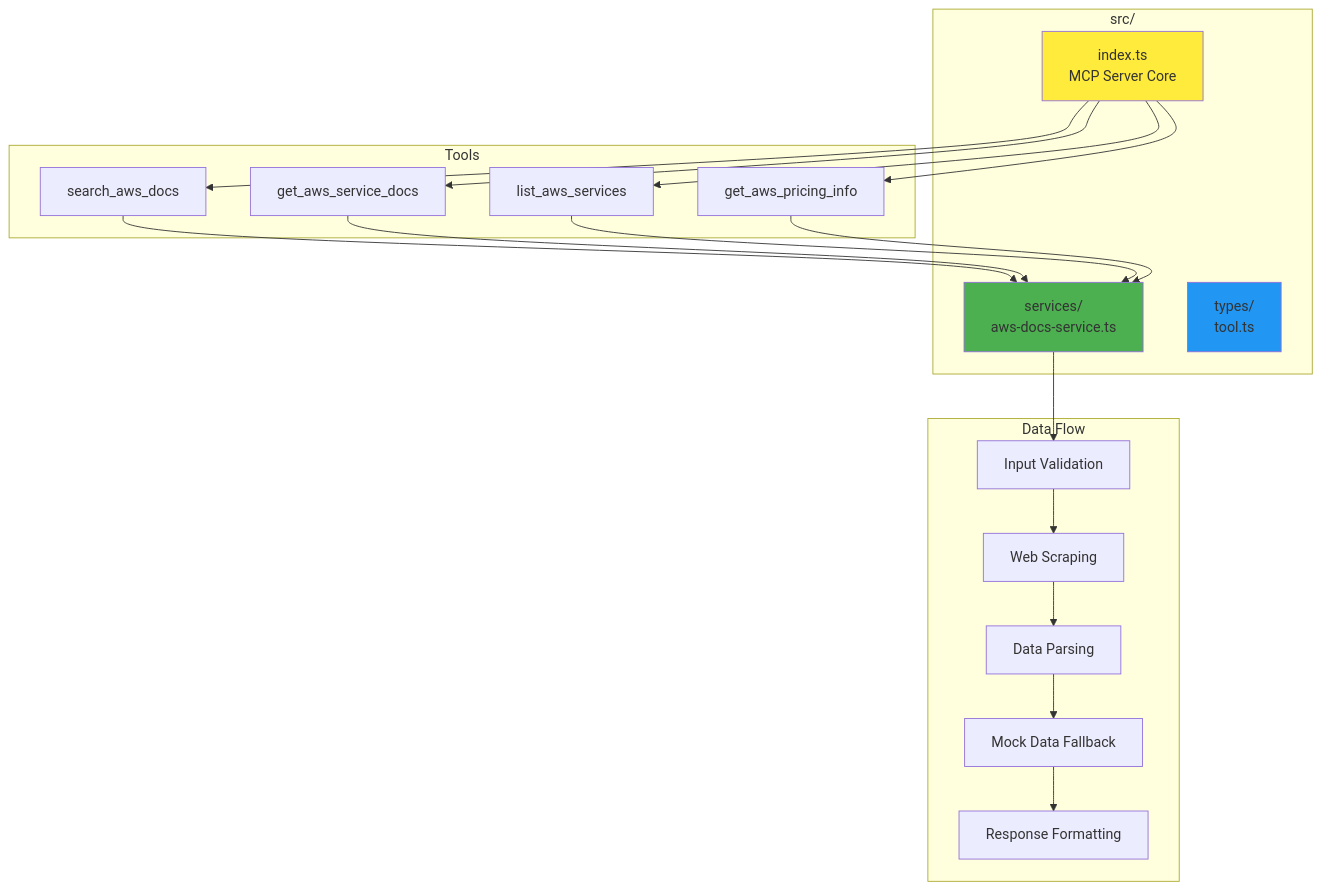
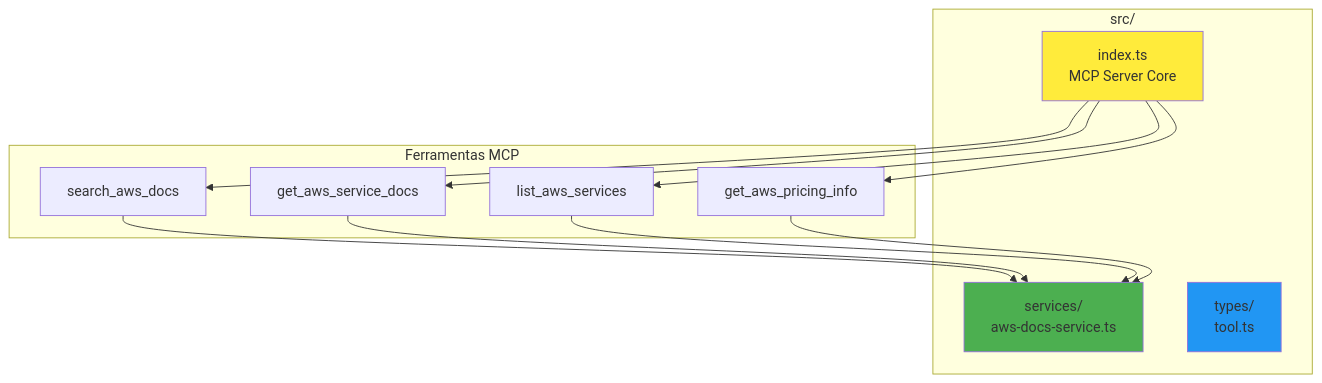
The third of 4 diagrams in mcp_aws_docs/ARCHITECTURE_DIAGRAMS.md (ugulinofabiano/mcp_aws_doc), drawn with Mermaid before and after one commit. The commit also changed other lines of this file and 3 other files, not shown here.

First line of the commit message:
docs: Update and simplify architecture documentation

````diff
--- a/mcp_aws_docs/ARCHITECTURE_DIAGRAMS.md
+++ b/mcp_aws_docs/ARCHITECTURE_DIAGRAMS.md
@@ -65,43 +65,29 @@
 ```mermaid
 graph TD
     subgraph "src/"
         A[index.ts<br/>MCP Server Core]
         B[services/<br/>aws-docs-service.ts]
         C[types/<br/>tool.ts]
     end
     
-    subgraph "Tools"
+    subgraph "Ferramentas MCP"
         D[search_aws_docs]
         E[get_aws_service_docs]
         F[list_aws_services]
         G[get_aws_pricing_info]
-    end
-    
-    subgraph "Data Flow"
-        H[Input Validation]
-        I[Web Scraping]
-        J[Data Parsing]
-        K[Mock Data Fallback]
-        L[Response Formatting]
     end
     
     A --> D
     A --> E
     A --> F
     A --> G
     
     D --> B
     E --> B
     F --> B
     G --> B
     
-    B --> H
-    H --> I
-    I --> J
-    J --> K
-    K --> L
-    
     style A fill:#ffeb3b
     style B fill:#4caf50
     style C fill:#2196f3
 ```
````
